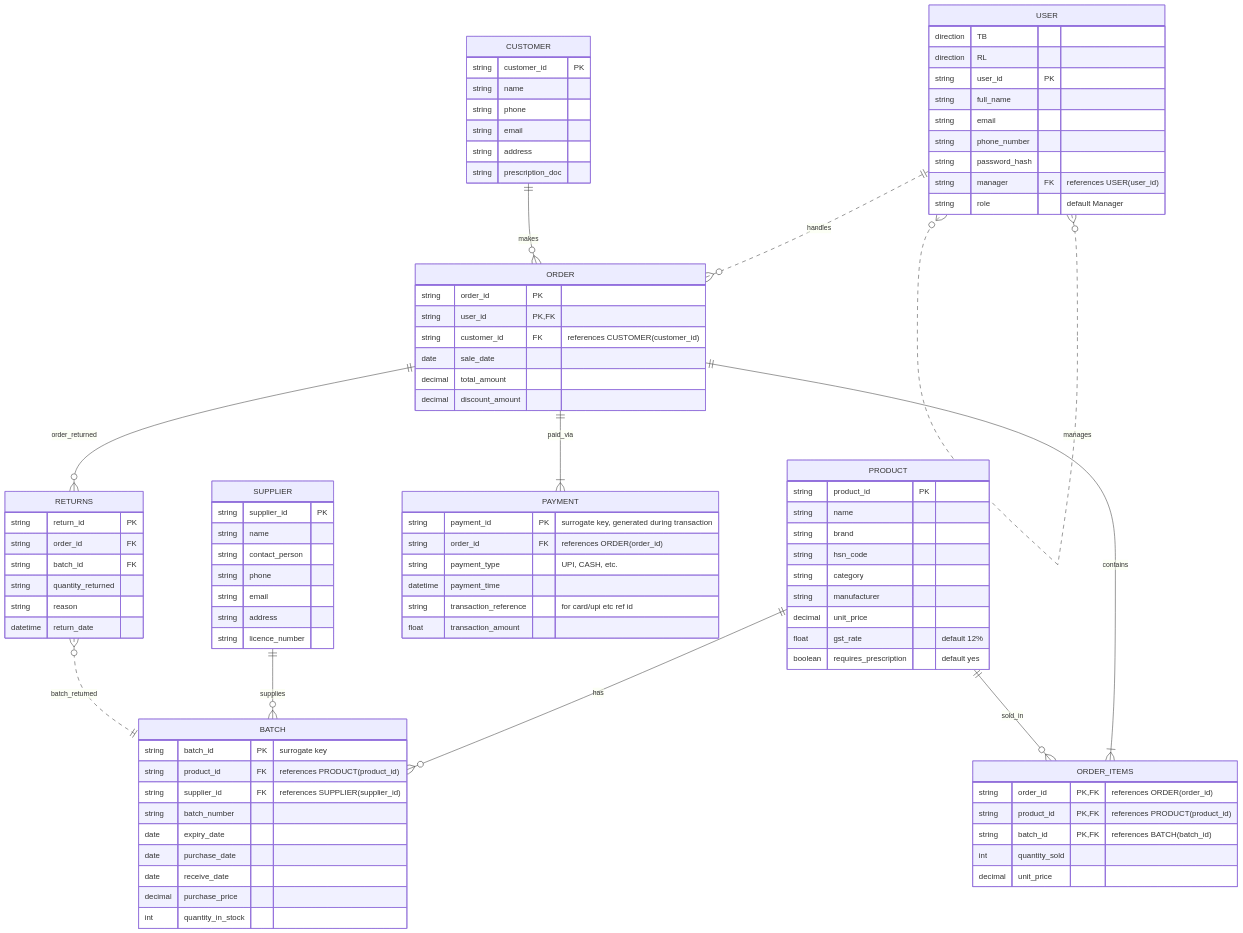
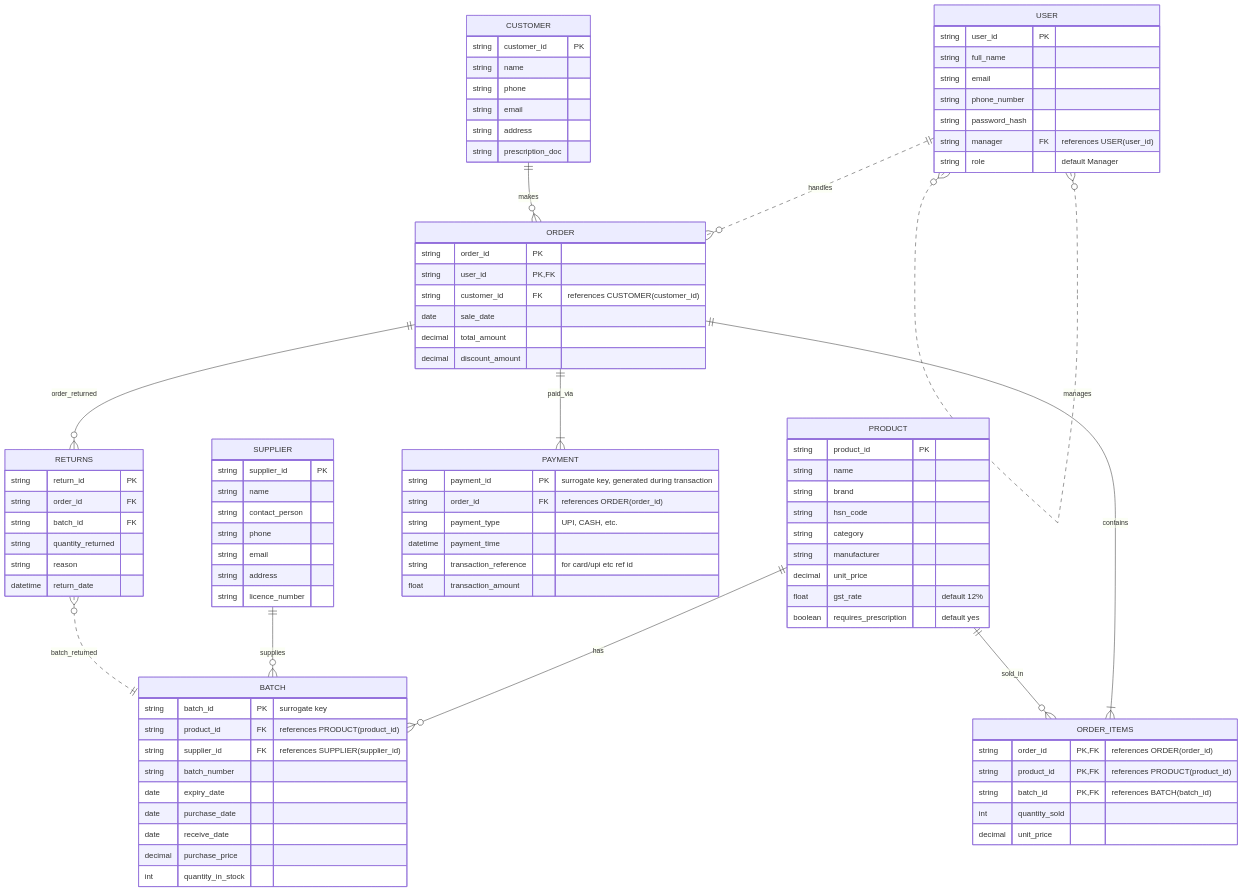
Before and after one commit to MET4L-DS/miniPharma: the diagram in ER Diagram version 2.md, drawn with Mermaid.

Commit message:
Update ER Diagram version 2.md

````diff
--- a/ER Diagram version 2.md
+++ b/ER Diagram version 2.md
@@ -1,8 +1,7 @@
 ```mermaid
 erDiagram
+    direction TB
     USER {
-    direction TB
-    direction RL
     string user_id PK
     string full_name
     string email
````
